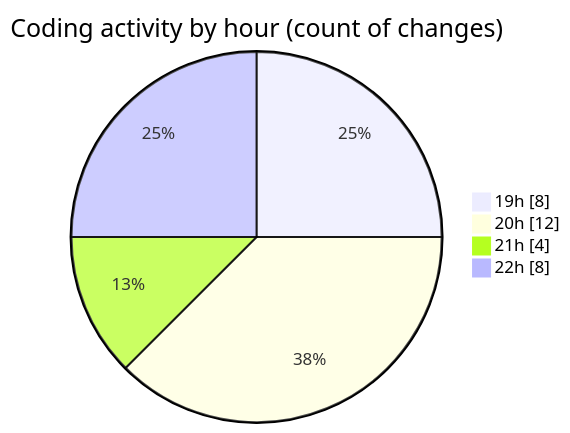
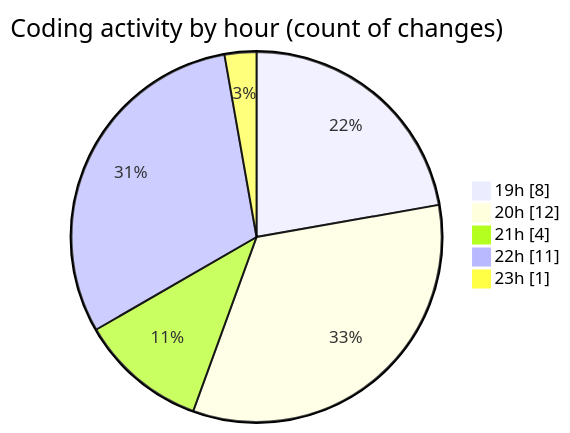
One commit to Elitesun/code-tracking changed the second of 2 diagrams in 2025-04-10/product-page/README.md. Above: the diagram before and after it, drawn with Mermaid. The commit also changed other lines of this file and 1 other file, not shown here.

````diff
--- a/2025-04-10/product-page/README.md
+++ b/2025-04-10/product-page/README.md
@@ -43,8 +43,9 @@
 ```mermaid
 pie showData
 title Coding activity by hour (count of changes)
 "19h" : 8
 "20h" : 12
 "21h" : 4
-"22h" : 8
+"22h" : 11
+"23h" : 1
 ```
````
